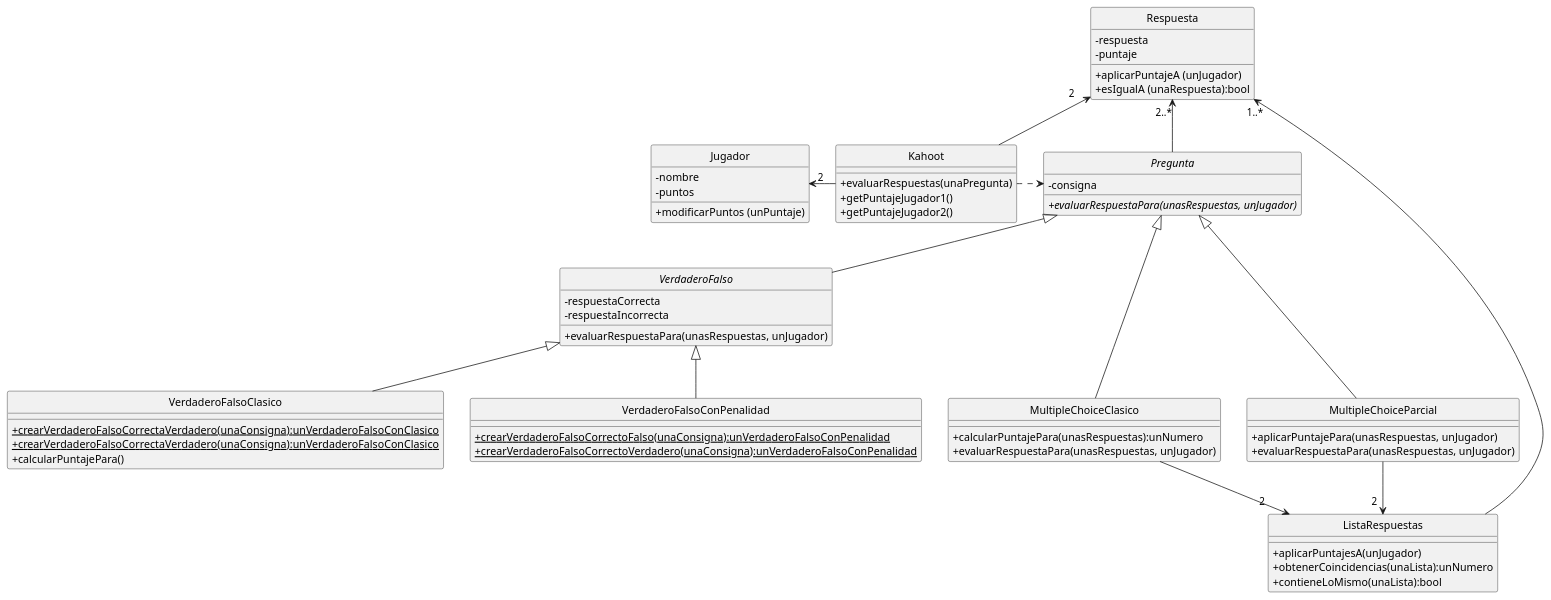
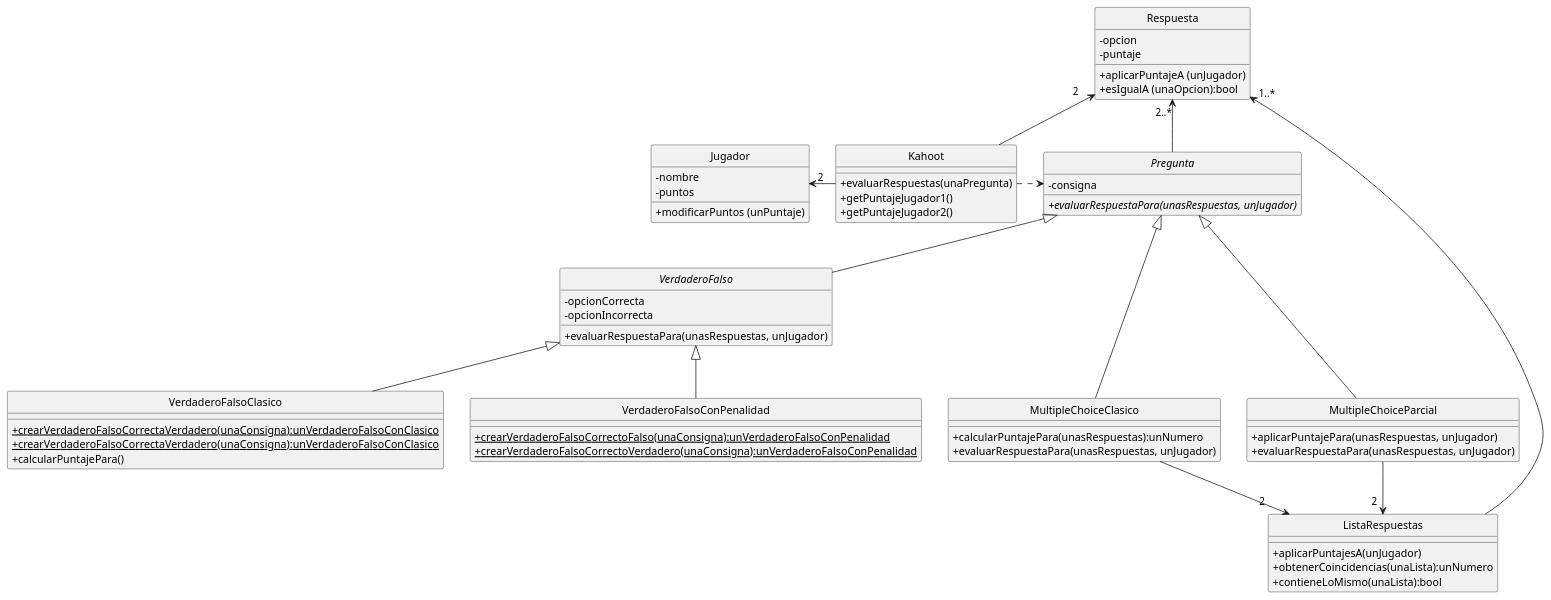
The diagram in Diagramas/DiagramaDeClases-Entrega1.puml (Tomymanoukian/AyPIII_TP2), drawn with PlantUML before and after one commit. The commit also changed 26 other files, not shown here.

Commit message:
Realizamos pair programming creando los UserStoryTest para la Entrega 2 Creamos MultipleChoiceConPenalidad, GroupChoice y OrderedChoice Modificamos Respuesta por Opcion

```diff
--- a/Diagramas/DiagramaDeClases-Entrega1.puml
+++ b/Diagramas/DiagramaDeClases-Entrega1.puml
@@ -1,81 +1,81 @@
 @startuml
 
 skinparam classAttributeIconSize 0
 skinparam shadowing false
 hide circle
 
 class Jugador {
     -nombre
     -puntos
     +modificarPuntos (unPuntaje)
 }
 
 class Kahoot {
     +evaluarRespuestas(unaPregunta)
     +getPuntajeJugador1()
     +getPuntajeJugador2()
 }
 
 abstract class Pregunta {
     -consigna
     {abstract}+evaluarRespuestaPara(unasRespuestas, unJugador)
 }
 
 class Respuesta {
-    -respuesta
+    -opcion
     -puntaje
     +aplicarPuntajeA (unJugador)
-    +esIgualA (unaRespuesta):bool
+    +esIgualA (unaOpcion):bool
 }
 
 class ListaRespuestas {
     +aplicarPuntajesA(unJugador)
     +obtenerCoincidencias(unaLista):unNumero
     +contieneLoMismo(unaLista):bool
 }
 
 abstract class VerdaderoFalso {
-    -respuestaCorrecta
-    -respuestaIncorrecta
+    -opcionCorrecta
+    -opcionIncorrecta
     +evaluarRespuestaPara(unasRespuestas, unJugador)
 }
 
 class VerdaderoFalsoClasico {
     +{static}crearVerdaderoFalsoCorrectaVerdadero(unaConsigna):unVerdaderoFalsoConClasico
     +{static}crearVerdaderoFalsoCorrectaVerdadero(unaConsigna):unVerdaderoFalsoConClasico
     +calcularPuntajePara()
 }
 
 class VerdaderoFalsoConPenalidad {
     +{static}crearVerdaderoFalsoCorrectoFalso(unaConsigna):unVerdaderoFalsoConPenalidad
     +{static}crearVerdaderoFalsoCorrectoVerdadero(unaConsigna):unVerdaderoFalsoConPenalidad
 }
 
 class MultipleChoiceClasico {
     +calcularPuntajePara(unasRespuestas):unNumero
     +evaluarRespuestaPara(unasRespuestas, unJugador)
 }
 
 class MultipleChoiceParcial {
     +aplicarPuntajePara(unasRespuestas, unJugador)
     +evaluarRespuestaPara(unasRespuestas, unJugador)
 }
 
 Pregunta <|-- VerdaderoFalso
 Pregunta <|--- MultipleChoiceClasico
 Pregunta <|--- MultipleChoiceParcial
 
 MultipleChoiceClasico --> "2    " ListaRespuestas
 MultipleChoiceParcial --> "2  " ListaRespuestas
 
 VerdaderoFalso <|-- VerdaderoFalsoClasico
 VerdaderoFalso <|-- VerdaderoFalsoConPenalidad
 
 Jugador " 2" <- Kahoot
 Respuesta "2..*" <-- Pregunta
 Kahoot .> Pregunta
 Respuesta "2    " <-- Kahoot
 
 Respuesta " 1..*" <----- ListaRespuestas
 
 @enduml
```
